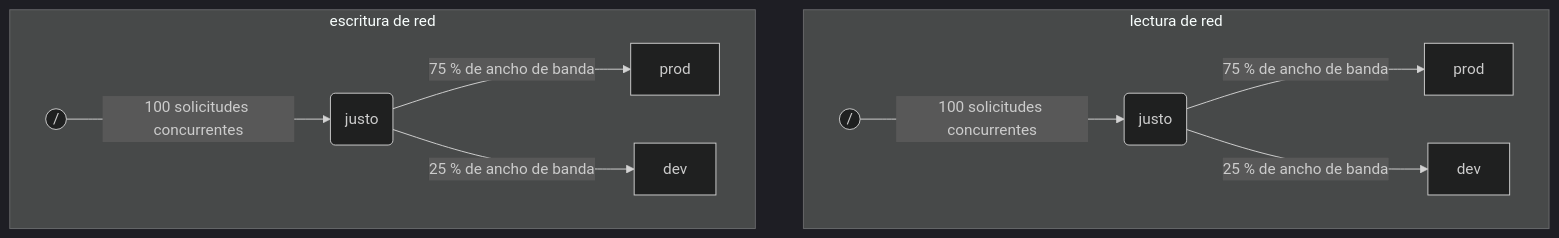
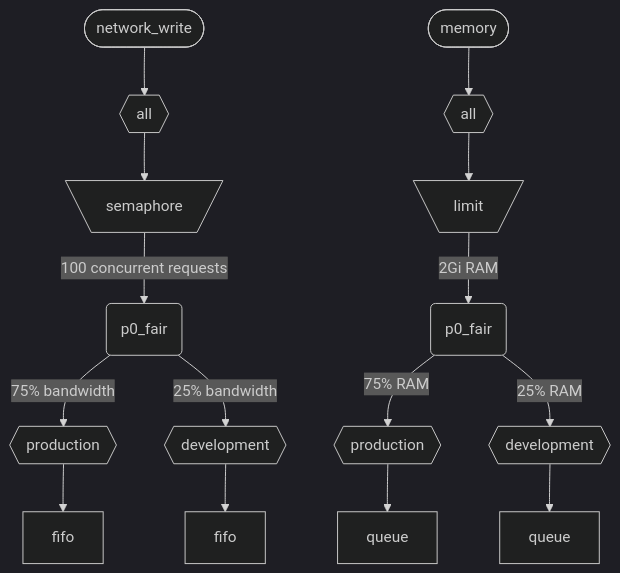
The third of 3 diagrams in docs/es/concepts/features/configuration/server-config/workload-scheduling.mdx (coderabbit-demo/clickhouse-demo), drawn with Mermaid (dark theme) before and after one commit. The commit also changed other lines of this file and 17650 other files, not shown here.

````diff
--- a/docs/es/concepts/features/configuration/server-config/workload-scheduling.mdx
+++ b/docs/es/concepts/features/configuration/server-config/workload-scheduling.mdx
@@ -94,18 +427,22 @@
 ```mermaid
 graph TD
-    subgraph lectura de red
-    nr_root(("/"))
-    -->|100 solicitudes concurrentes| nr_fair("justo")
-    -->|75 % de ancho de banda| nr_prod["prod"]
-    nr_fair
-    -->|25 % de ancho de banda| nr_dev["dev"]
-    end
+    nw_root(["network_write"])
+    -->nw_all{{"all"}}
+    -->nw_semp[\"semaphore"/]
+    -->|100 concurrent requests| nw_fair("p0_fair")
+    -->|75% bandwidth| nw_prod{{"production"}}
+    -->nw_prod_q["fifo"]
+    nw_fair
+    -->|25% bandwidth| nw_dev{{"development"}}
+    -->nw_dev_q["fifo"]
 
-    subgraph escritura de red
-    nw_root(("/"))
-    -->|100 solicitudes concurrentes| nw_fair("justo")
-    -->|75 % de ancho de banda| nw_prod["prod"]
-    nw_fair
-    -->|25 % de ancho de banda| nw_dev["dev"]
-    end
+    mem_root(["memory"])
+    -->mem_all{{"all"}}
+    -->mem_semp[\"limit"/]
+    -->|2Gi RAM| mem_fair("p0_fair")
+    -->|75% RAM| mem_prod{{"production"}}
+    -->mem_prod_q["queue"]
+    mem_fair
+    -->|25% RAM| mem_dev{{"development"}}
+    -->mem_dev_q["queue"]
 ```
````
